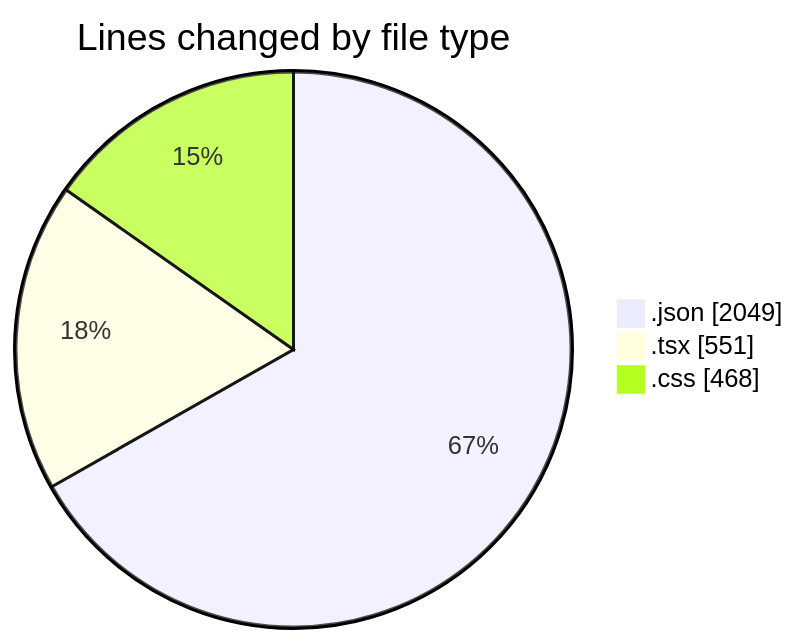
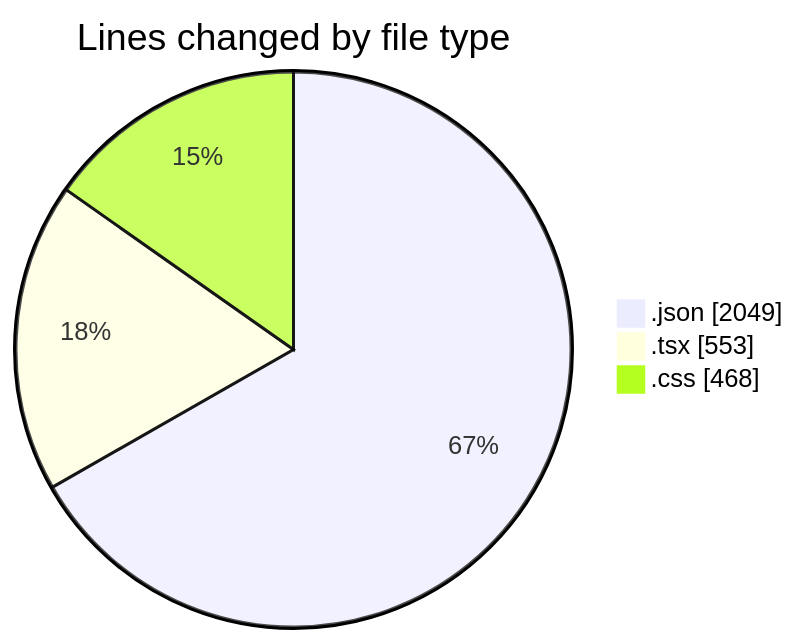
The first of 2 diagrams in 2025-08-14/ribbon/README.md (EIIisD/code-tracking), drawn with Mermaid before and after one commit. The commit also changed other lines of this file and 1 other file, not shown here.

````diff
--- a/2025-08-14/ribbon/README.md
+++ b/2025-08-14/ribbon/README.md
@@ -27,7 +27,7 @@
 ```mermaid
 pie showData
 title Lines changed by file type
 ".json" : 2049
-".tsx" : 551
+".tsx" : 553
 ".css" : 468
 ```
````
